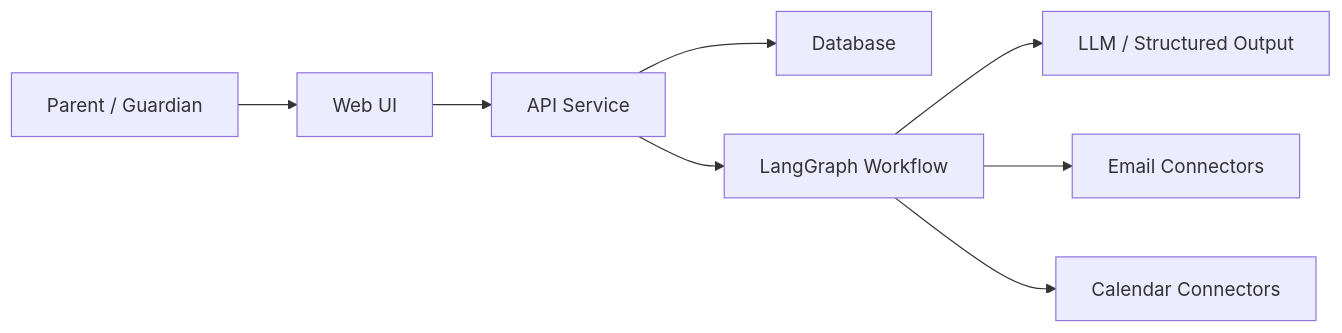
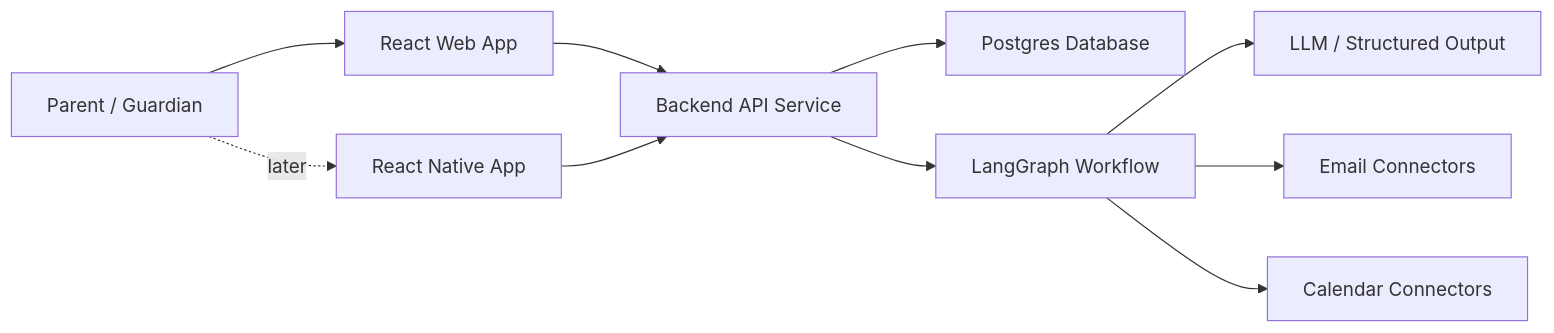
One commit to kid-scheduler/school-email-assistant changed the diagram in docs/architecture/overview.md. Above: the diagram before and after it, drawn with Mermaid. The commit also changed other lines of this file and 5 other files, not shown here.

````diff
--- a/docs/architecture/overview.md
+++ b/docs/architecture/overview.md
@@ -9,10 +9,12 @@
 ```mermaid
 flowchart LR
-  User["Parent / Guardian"] --> UI["Web UI"]
-  UI --> API["API Service"]
-  API --> DB["Database"]
+  User["Parent / Guardian"] --> Web["React Web App"]
+  User -. "later" .-> Mobile["React Native App"]
+  Web --> API["Backend API Service"]
+  Mobile --> API
+  API --> DB["Postgres Database"]
   API --> Graph["LangGraph Workflow"]
   Graph --> Model["LLM / Structured Output"]
   Graph --> Email["Email Connectors"]
   Graph --> Calendar["Calendar Connectors"]
 ```
````
